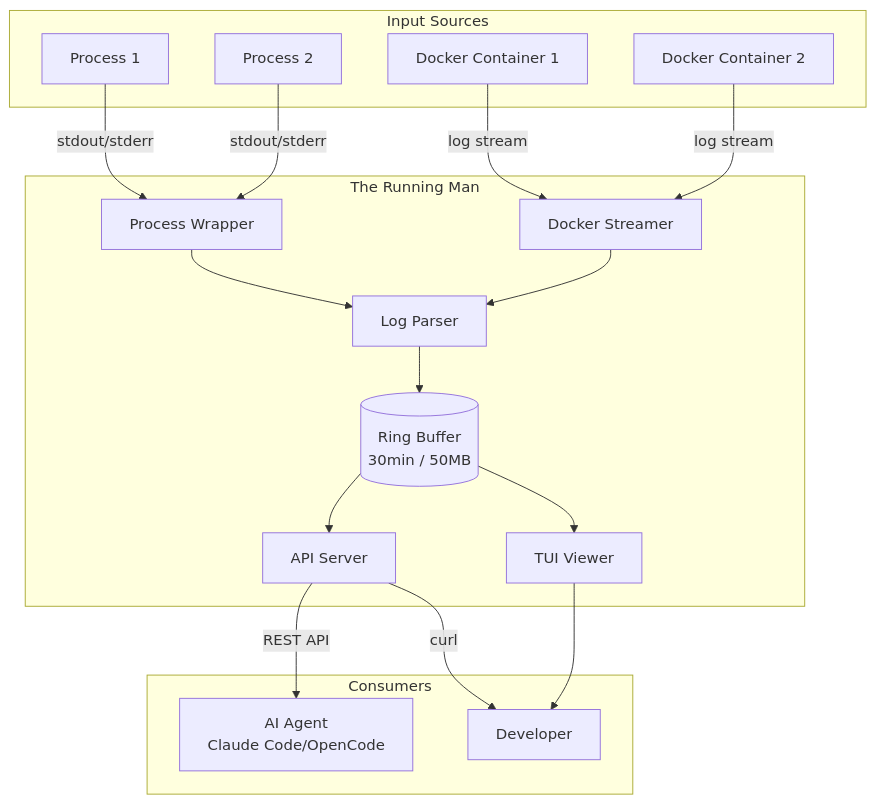
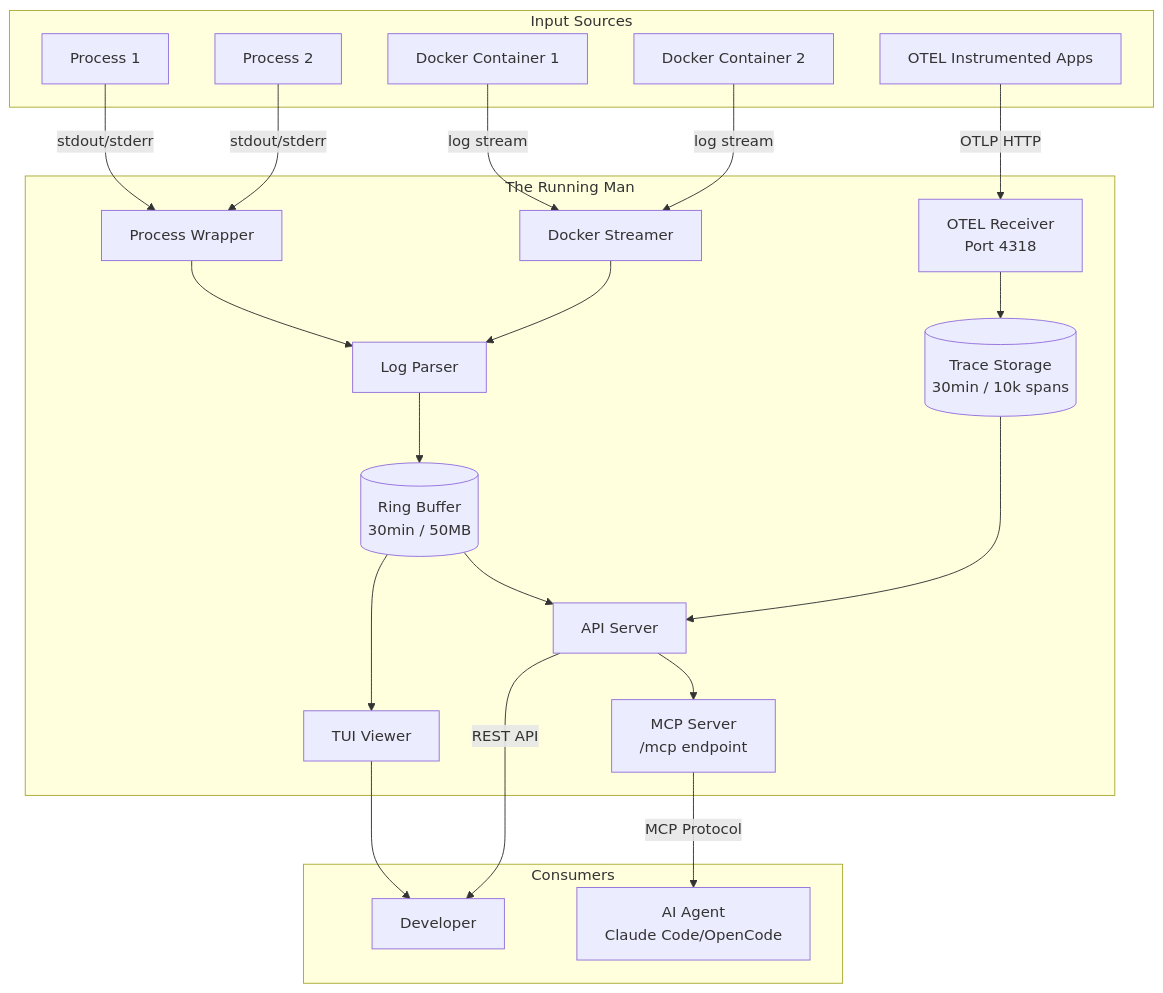
The diagram in docs/architecture.md (elbeanio/the_running_man), drawn with Mermaid before and after one commit. The commit also changed other lines of this file and 1 other file, not shown here.

First line of the commit message:
Update architecture documentation with OTEL and MCP components

````diff
--- a/docs/architecture.md
+++ b/docs/architecture.md
@@ -5,38 +5,46 @@
 ```mermaid
 graph TB
     subgraph "Input Sources"
         P1[Process 1]
         P2[Process 2]
         D1[Docker Container 1]
         D2[Docker Container 2]
+        OTEL[OTEL Instrumented Apps]
     end
     
     subgraph "The Running Man"
         PW[Process Wrapper]
         DS[Docker Streamer]
+        OTEL_REC[OTEL Receiver<br/>Port 4318]
         PARSER[Log Parser]
         BUFFER[(Ring Buffer<br/>30min / 50MB)]
+        TRACE_STORE[(Trace Storage<br/>30min / 10k spans)]
         API[API Server]
+        MCP[MCP Server<br/>/mcp endpoint]
         TUI[TUI Viewer]
         
         P1 -->|stdout/stderr| PW
         P2 -->|stdout/stderr| PW
         D1 -->|log stream| DS
         D2 -->|log stream| DS
+        OTEL -->|OTLP HTTP| OTEL_REC
         
         PW --> PARSER
         DS --> PARSER
         PARSER --> BUFFER
+        OTEL_REC --> TRACE_STORE
         BUFFER --> API
+        TRACE_STORE --> API
+        API --> MCP
         BUFFER --> TUI
     end
     
     subgraph "Consumers"
         AGENT[AI Agent<br/>Claude Code/OpenCode]
         USER[Developer]
         
-        API -->|REST API| AGENT
-        API -->|curl| USER
+        MCP -->|MCP Protocol| AGENT
+        API -->|REST API| USER
         TUI --> USER
     end
 ```
````
